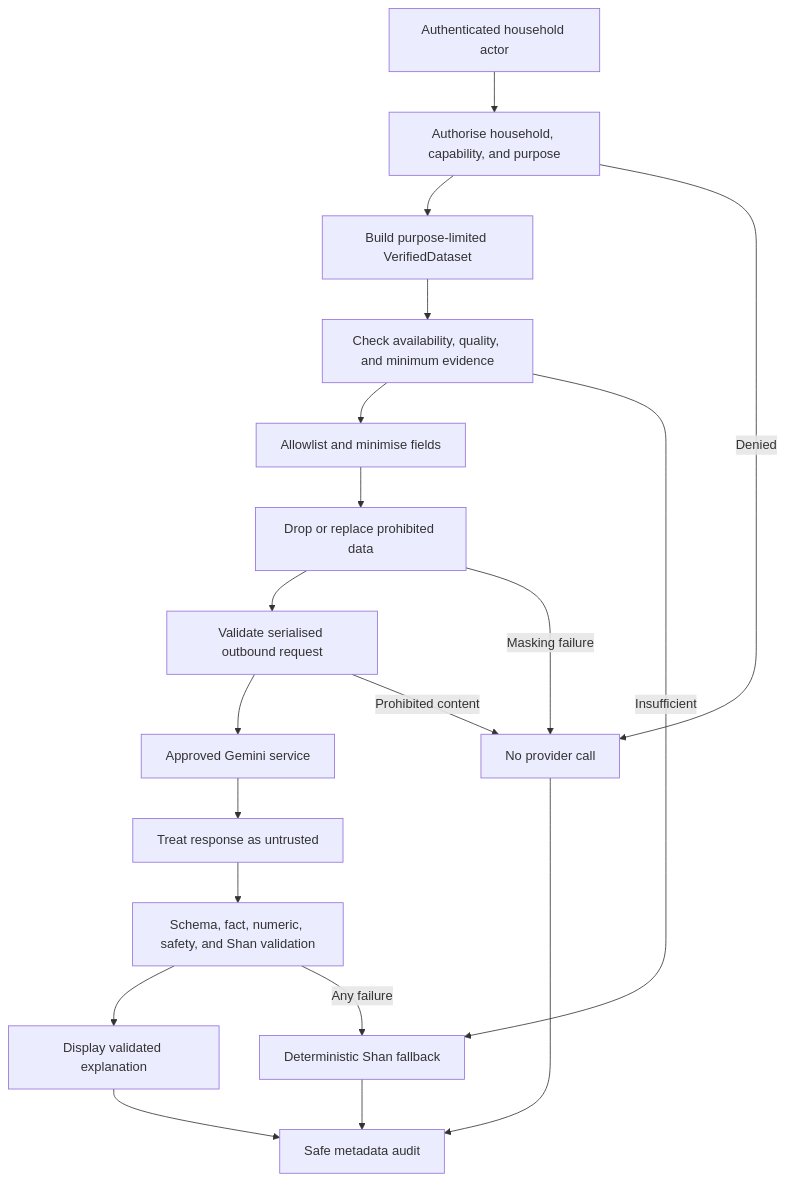
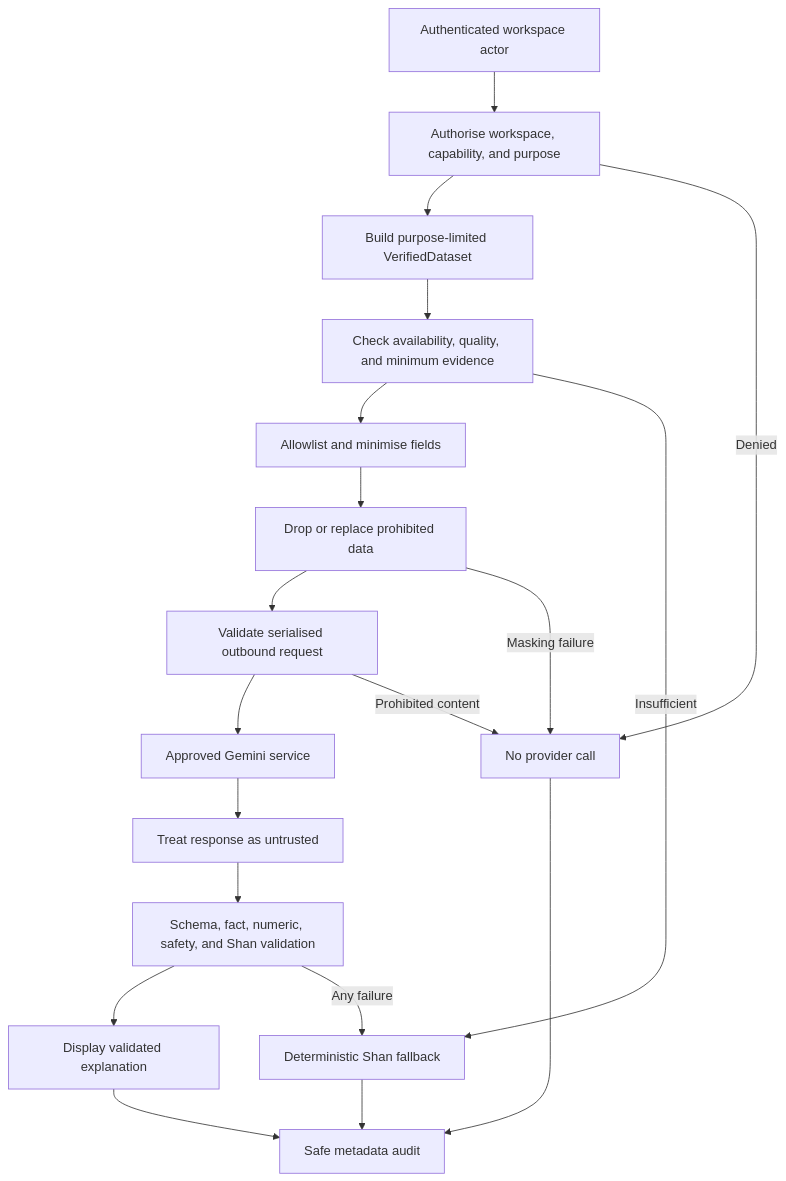
The diagram in docs/14_AI_Design.md (saiteinthine1020-source/F2S), drawn with Mermaid before and after one commit. The commit also changed other lines of this file and 36 other files, not shown here.

````diff
--- a/docs/14_AI_Design.md
+++ b/docs/14_AI_Design.md
@@ -78,21 +78,21 @@
 ```mermaid
 flowchart TD
-    Actor["Authenticated household actor"] --> Authorise["Authorise household, capability, and purpose"]
+    Actor["Authenticated workspace actor"] --> Authorise["Authorise workspace, capability, and purpose"]
     Authorise --> Dataset["Build purpose-limited VerifiedDataset"]
     Dataset --> Quality["Check availability, quality, and minimum evidence"]
     Quality --> Minimise["Allowlist and minimise fields"]
     Minimise --> Mask["Drop or replace prohibited data"]
     Mask --> OutboundCheck["Validate serialised outbound request"]
     OutboundCheck --> Provider["Approved Gemini service"]
     Provider --> InboundCheck["Treat response as untrusted"]
     InboundCheck --> Validate["Schema, fact, numeric, safety, and Shan validation"]
     Validate --> Display["Display validated explanation"]
     Validate -->|"Any failure"| Fallback["Deterministic Shan fallback"]
     Authorise -->|"Denied"| Stop["No provider call"]
     Quality -->|"Insufficient"| Fallback
     Mask -->|"Masking failure"| Stop
     OutboundCheck -->|"Prohibited content"| Stop
     Display --> Audit["Safe metadata audit"]
     Fallback --> Audit
     Stop --> Audit
 ```
````
